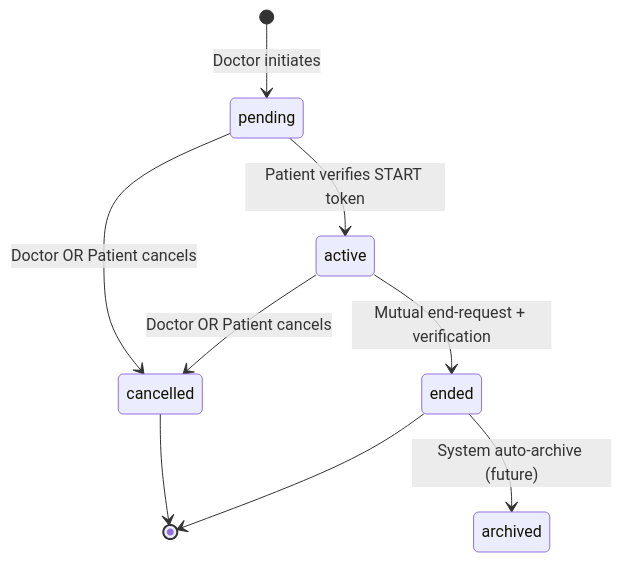
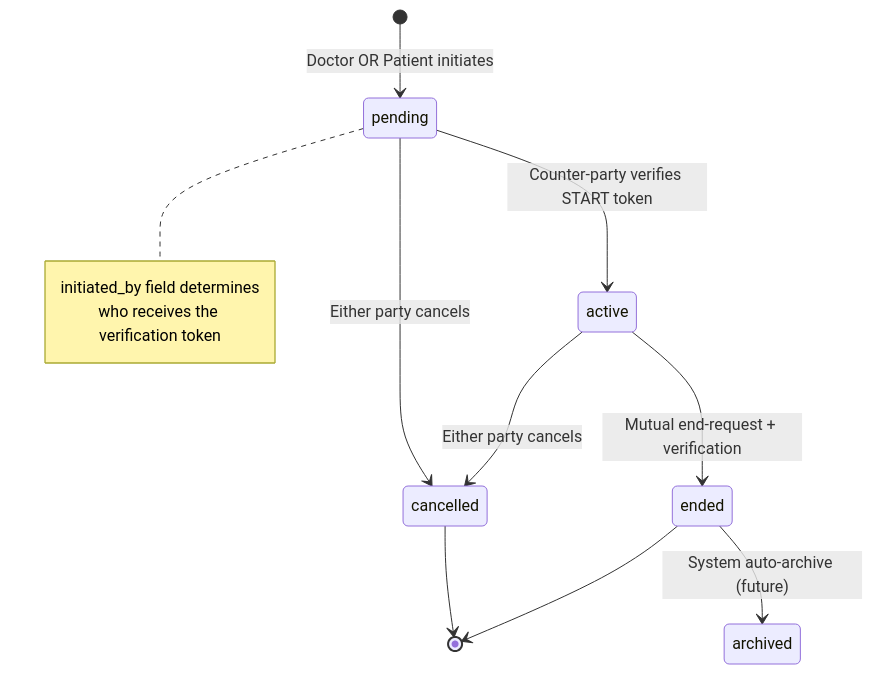
The first of 5 diagrams in backend/backend/docs/api/ENGAGEMENT_LOGIC.md (Abdallah-A-Raafat/Nuralhealer), drawn with Mermaid before and after one commit. The commit also changed other lines of this file and 53 other files, not shown here.

````diff
--- a/backend/backend/docs/api/ENGAGEMENT_LOGIC.md
+++ b/backend/backend/docs/api/ENGAGEMENT_LOGIC.md
@@ -101,11 +125,19 @@
 ```mermaid
 stateDiagram-v2
-    [*] --> pending: Doctor initiates
-    pending --> active: Patient verifies START token
-    pending --> cancelled: Doctor OR Patient cancels
-    active --> cancelled: Doctor OR Patient cancels
+    [*] --> pending: Doctor OR Patient initiates
+    
+    pending --> active: Counter-party verifies START token
+    pending --> cancelled: Either party cancels
+    
+    active --> cancelled: Either party cancels
     active --> ended: Mutual end-request + verification
+    
     ended --> archived: System auto-archive (future)
     cancelled --> [*]
     ended --> [*]
+    
+    note right of pending
+        initiated_by field determines
+        who receives the verification token
+    end note
 ```
````
